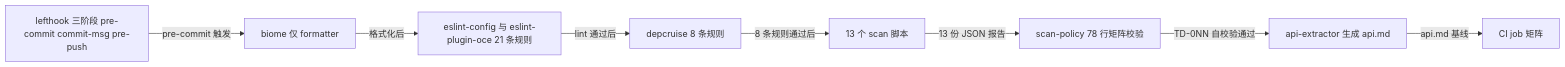
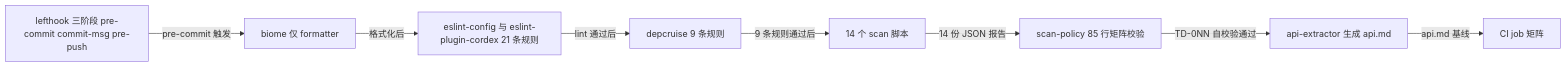
Before and after one commit to Xeonice/cordis-ppt-editor: the second of 2 diagrams in docs/40-modules/01-tooling-and-governance.md, drawn with Mermaid. The commit also changed other lines of this file and 23 other files, not shown here.

````diff
--- a/docs/40-modules/01-tooling-and-governance.md
+++ b/docs/40-modules/01-tooling-and-governance.md
@@ -192,18 +194,18 @@
 ```mermaid
 flowchart LR
   lefthook["lefthook 三阶段 pre-commit commit-msg pre-push"]
   biome["biome 仅 formatter"]
-  eslint["eslint-config 与 eslint-plugin-oce 21 条规则"]
-  depcruise["depcruise 8 条规则"]
-  scanners["13 个 scan 脚本"]
-  policyCheck["scan-policy 78 行矩阵校验"]
+  eslint["eslint-config 与 eslint-plugin-cordex 21 条规则"]
+  depcruise["depcruise 9 条规则"]
+  scanners["14 个 scan 脚本"]
+  policyCheck["scan-policy 85 行矩阵校验"]
   apiExtractor["api-extractor 生成 api.md"]
   ciJob["CI job 矩阵"]
   lefthook -- "pre-commit 触发" --> biome
   biome -- "格式化后" --> eslint
   eslint -- "lint 通过后" --> depcruise
-  depcruise -- "8 条规则通过后" --> scanners
-  scanners -- "13 份 JSON 报告" --> policyCheck
+  depcruise -- "9 条规则通过后" --> scanners
+  scanners -- "14 份 JSON 报告" --> policyCheck
   policyCheck -- "TD-0NN 自校验通过" --> apiExtractor
   apiExtractor -- "api.md 基线" --> ciJob
 ```
````
